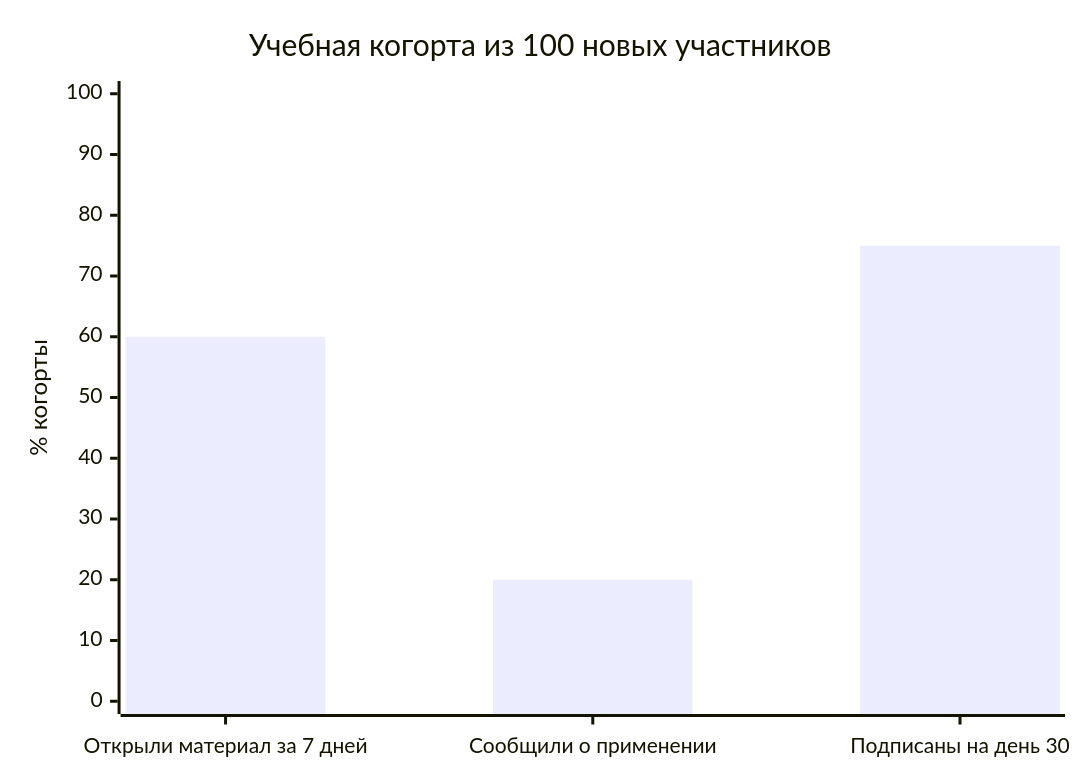
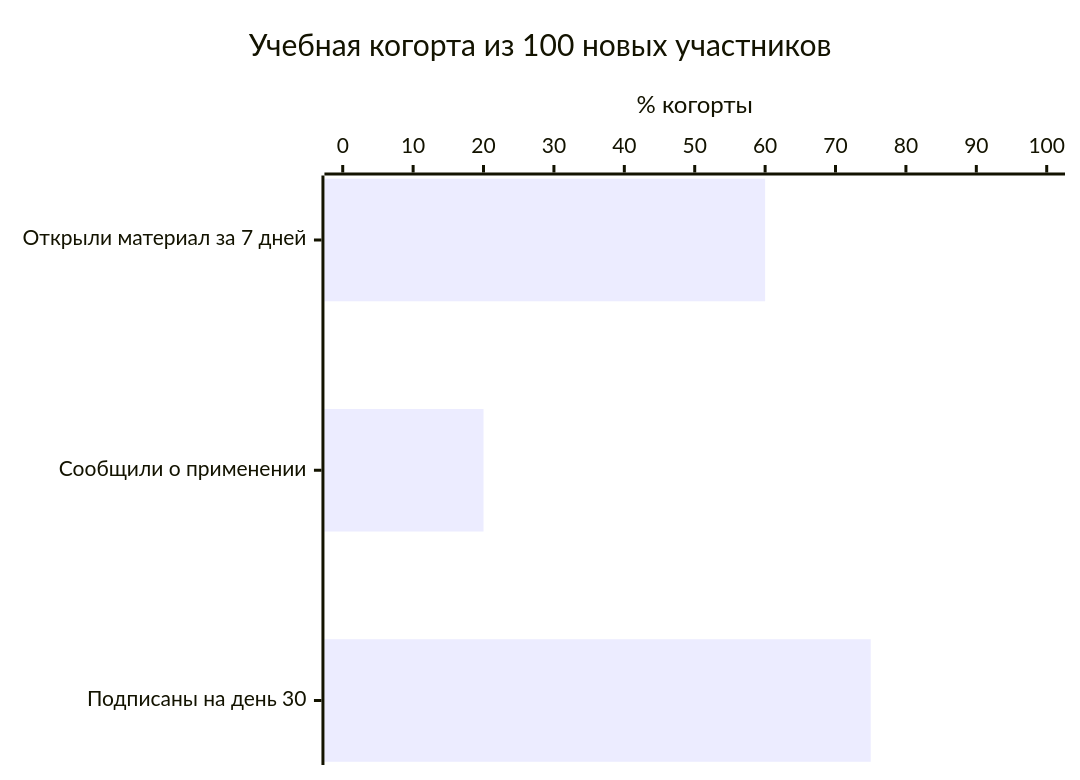
The diagram in docs/funnels/onboarding.md (Hexlet/smm-bible), drawn with Mermaid before and after one commit. The commit also changed 8 other files, not shown here.

First line of the commit message:
Polish Mermaid diagrams and charts

````diff
--- a/docs/funnels/onboarding.md
+++ b/docs/funnels/onboarding.md
@@ -47,7 +47,7 @@
 ```mermaid
-xychart
+xychart horizontal
     title "Учебная когорта из 100 новых участников"
     x-axis ["Открыли материал за 7 дней", "Сообщили о применении", "Подписаны на день 30"]
     y-axis "% когорты" 0 --> 100
     bar [60, 20, 75]
 ```
````
